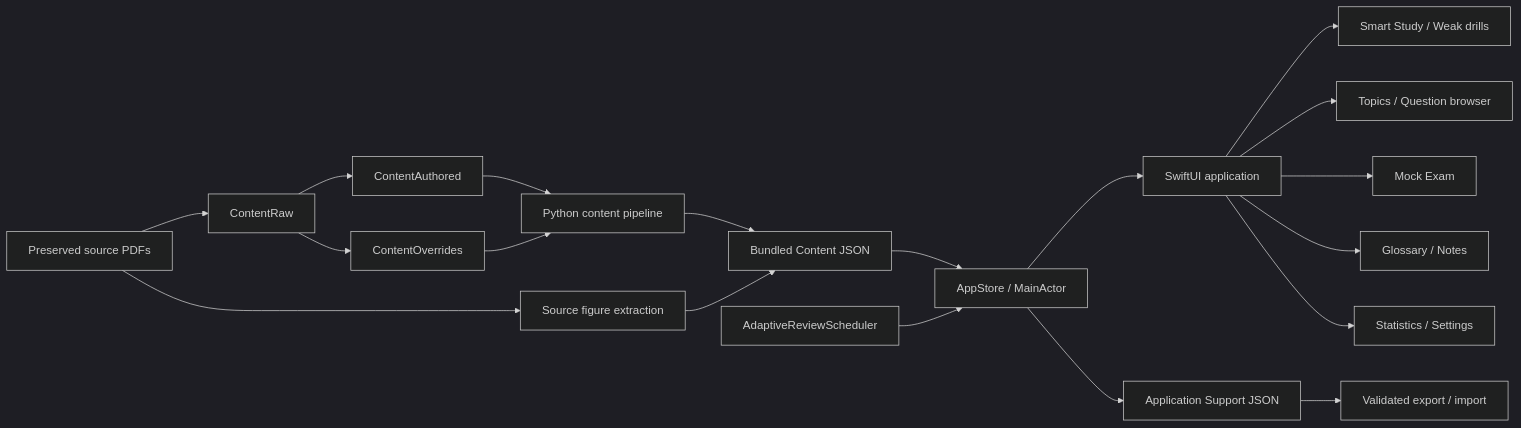
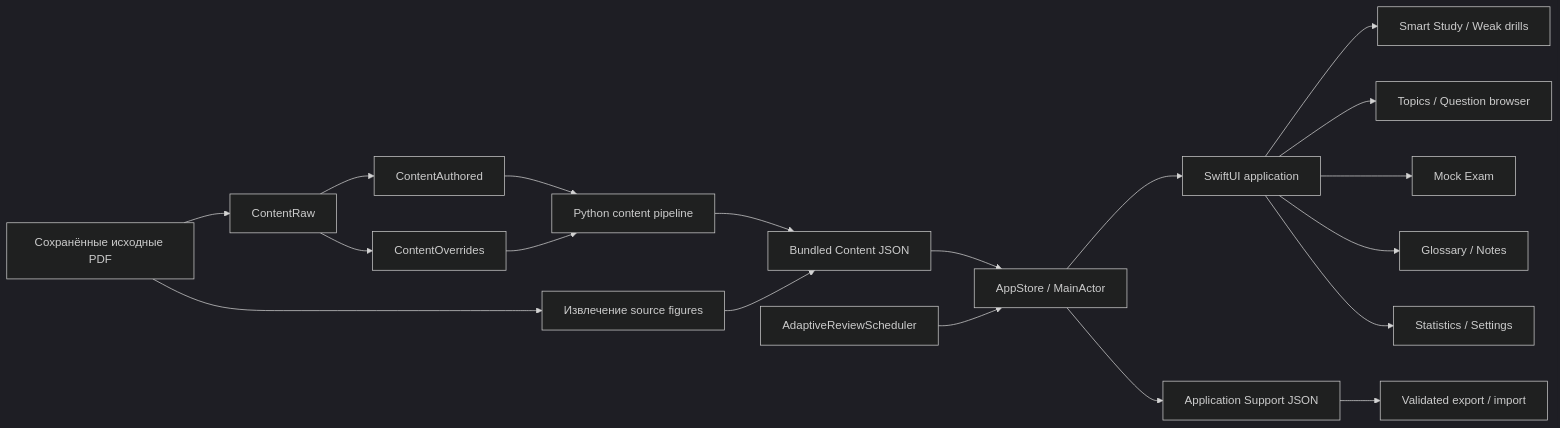
One commit to Leo0742/HAM-Trainer-3 changed the diagram in README.md. Above: the diagram before and after it, drawn with Mermaid (dark theme). The commit also changed other lines of this file, not shown here.

````diff
--- a/README.md
+++ b/README.md
@@ -79,23 +83,23 @@
 ```mermaid
 flowchart LR
-    Sources[Preserved source PDFs] --> Raw[ContentRaw]
+    Sources[Сохранённые исходные PDF] --> Raw[ContentRaw]
     Raw --> Authored[ContentAuthored]
     Raw --> Overrides[ContentOverrides]
     Authored --> Builder[Python content pipeline]
     Overrides --> Builder
-    Sources --> Figures[Source figure extraction]
+    Sources --> Figures[Извлечение source figures]
     Builder --> Runtime[Bundled Content JSON]
     Figures --> Runtime
 
     Runtime --> Store[AppStore / MainActor]
     Scheduler[AdaptiveReviewScheduler] --> Store
     Store --> Views[SwiftUI application]
     Views --> Study[Smart Study / Weak drills]
     Views --> Topics[Topics / Question browser]
     Views --> Mock[Mock Exam]
     Views --> Glossary[Glossary / Notes]
     Views --> Stats[Statistics / Settings]
 
     Store --> Persist[Application Support JSON]
     Persist --> Backup[Validated export / import]
 ```
````
